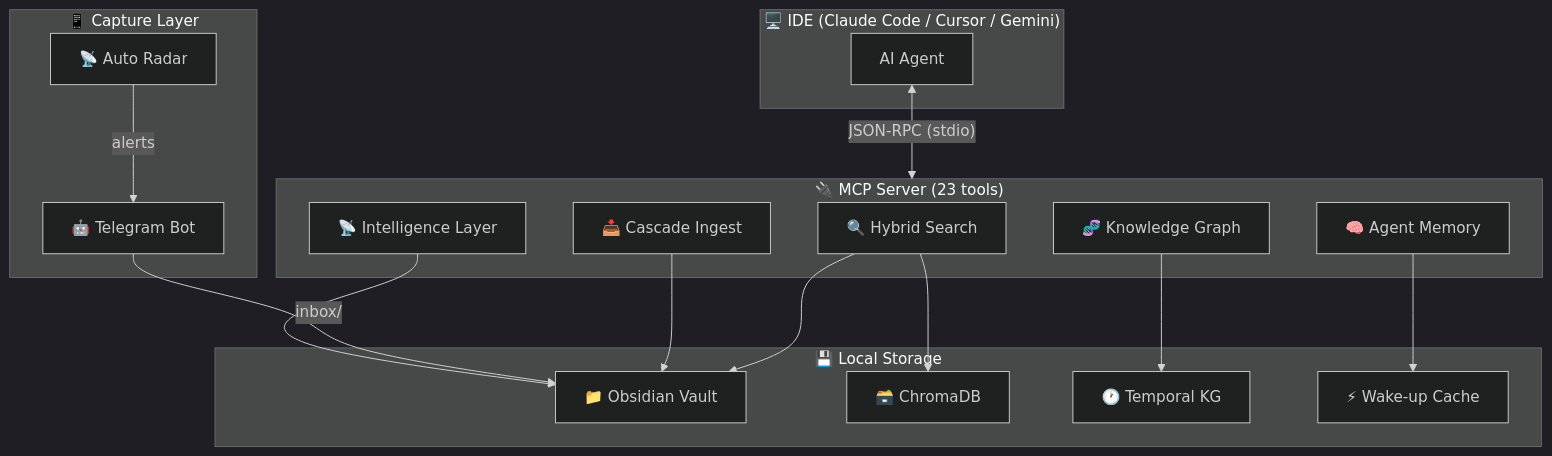
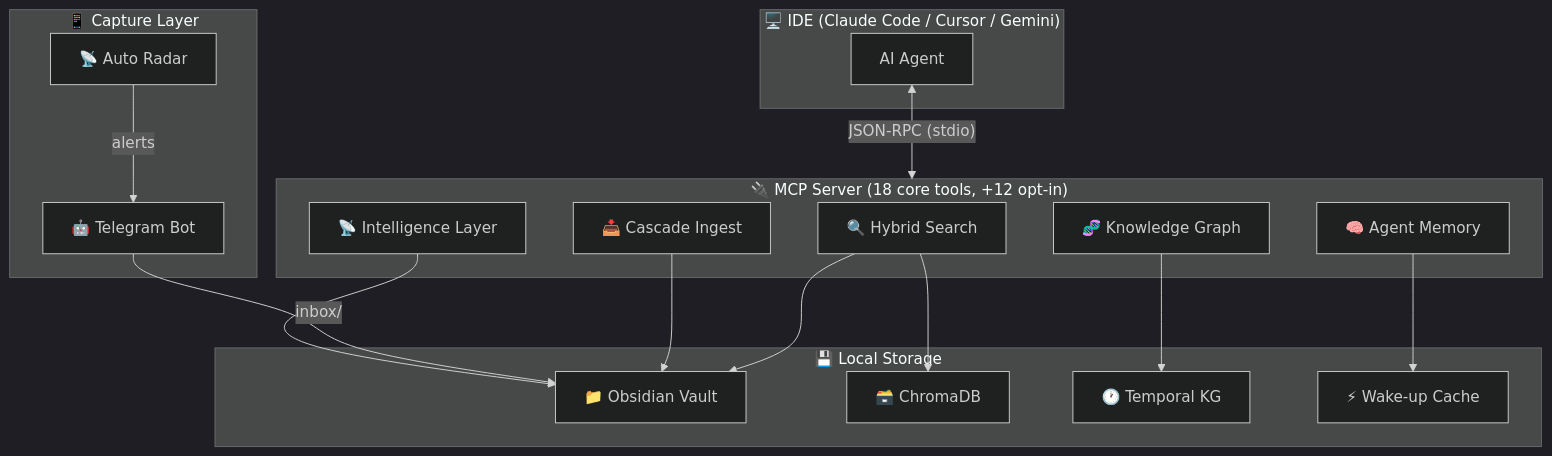
Before and after one commit to nzt108-dev/obsidian-second-mind: the diagram in README.md, drawn with Mermaid (dark theme). The commit also changed other lines of this file and 7 other files, not shown here.

First line of the commit message:
fix: gate extra MCP tools behind OSM_ENABLE_EXTRA_TOOLS, fix lint_vault date bug, lazy BM25 in inbox-router, silence httpx bot spam

````diff
--- a/README.md
+++ b/README.md
@@ -64,36 +64,36 @@
 ```mermaid
 graph TB
     subgraph IDE["🖥️ IDE (Claude Code / Cursor / Gemini)"]
         Agent["AI Agent"]
     end
 
-    subgraph MCP["🔌 MCP Server (23 tools)"]
+    subgraph MCP["🔌 MCP Server (18 core tools, +12 opt-in)"]
         Search["🔍 Hybrid Search"]
         Graph["🧬 Knowledge Graph"]
         Memory["🧠 Agent Memory"]
         Ingest["📥 Cascade Ingest"]
         Scout["📡 Intelligence Layer"]
     end
 
     subgraph Storage["💾 Local Storage"]
         Vault["📁 Obsidian Vault"]
         Chroma["🗃️ ChromaDB"]
         TKG["🕐 Temporal KG"]
         Cache["⚡ Wake-up Cache"]
     end
 
     subgraph Capture["📱 Capture Layer"]
         Bot["🤖 Telegram Bot"]
         Radar["📡 Auto Radar"]
     end
 
     Agent <-->|"JSON-RPC (stdio)"| MCP
     Search --> Chroma
     Search --> Vault
     Graph --> TKG
     Memory --> Cache
     Ingest --> Vault
     Bot -->|"inbox/"| Vault
     Radar -->|"alerts"| Bot
     Scout --> Vault
 ```
````
